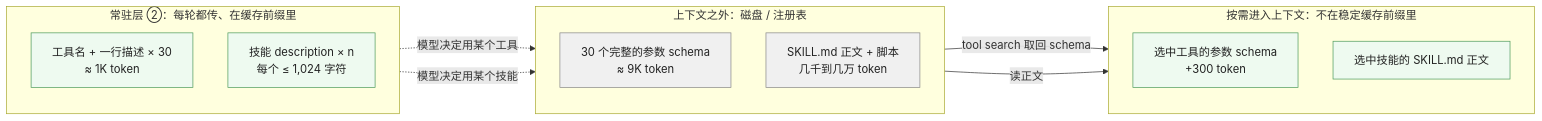
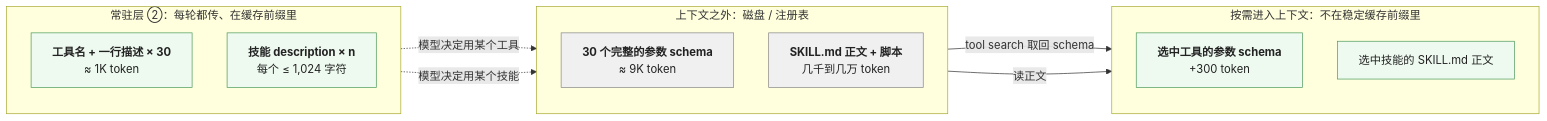
Before and after one commit to arganzheng/arganzheng.github.com: the second of 4 diagrams in _posts/2026-10-06-anatomy-of-the-context-window.md, drawn with Mermaid. The commit also changed other lines of this file and 6 other files, not shown here.

First line of the commit message:
Prompt 与上下文工程：模型这一步该看到什么：Mermaid 多行方框的首行标为标题（7 篇）

````diff
--- a/_posts/2026-10-06-anatomy-of-the-context-window.md
+++ b/_posts/2026-10-06-anatomy-of-the-context-window.md
@@ -100,28 +100,28 @@
 ```mermaid
 %% 图：工具与技能定义的渐进披露
 flowchart LR
     subgraph RES["常驻层 ②：每轮都传、在缓存前缀里"]
         direction TB
-        R1["工具名 + 一行描述 × 30<br/>≈ 1K token"]
-        R2["技能 description × n<br/>每个 ≤ 1,024 字符"]
+        R1["<b>工具名 + 一行描述 × 30</b><br/>≈ 1K token"]
+        R2["<b>技能 description × n</b><br/>每个 ≤ 1,024 字符"]
     end
     subgraph EXT["上下文之外：磁盘 / 注册表"]
         direction TB
-        E1["30 个完整的参数 schema<br/>≈ 9K token"]
-        E2["SKILL.md 正文 + 脚本<br/>几千到几万 token"]
+        E1["<b>30 个完整的参数 schema</b><br/>≈ 9K token"]
+        E2["<b>SKILL.md 正文 + 脚本</b><br/>几千到几万 token"]
     end
     subgraph LOAD["按需进入上下文：不在稳定缓存前缀里"]
         direction TB
-        L1["选中工具的参数 schema<br/>+300 token"]
+        L1["<b>选中工具的参数 schema</b><br/>+300 token"]
         L2["选中技能的 SKILL.md 正文"]
     end
     R1 -.->|"模型决定用某个工具"| E1
     E1 -->|"tool search 取回 schema"| L1
     R2 -.->|"模型决定用某个技能"| E2
     E2 -->|"读正文"| L2
     classDef res fill:#eefaf0,stroke:#4d9a5c,color:#222
     classDef ext fill:#f0f0f0,stroke:#888,color:#222
     class R1,R2 res
     class E1,E2 ext
     class L1,L2 res
 ```
````
